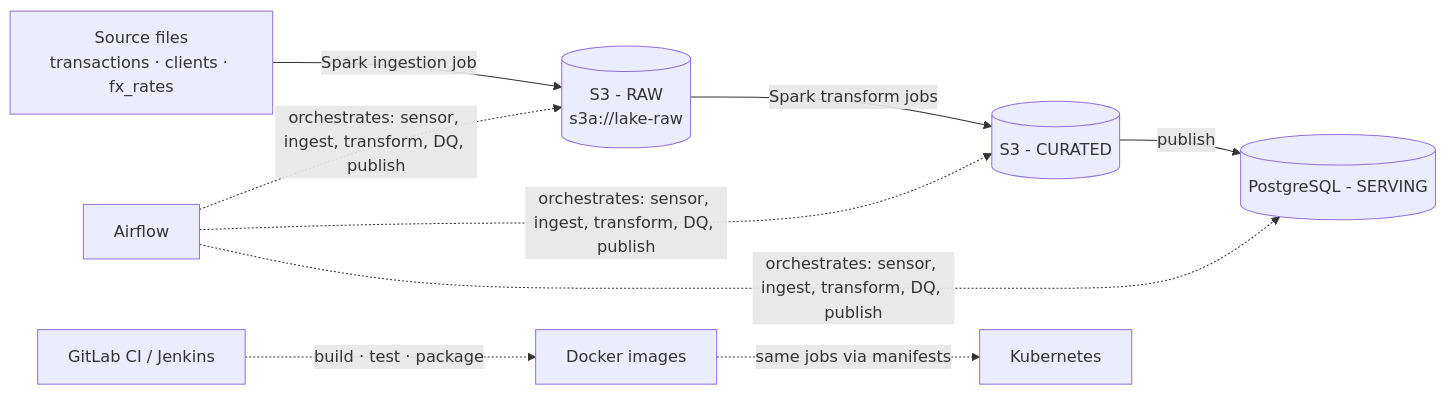
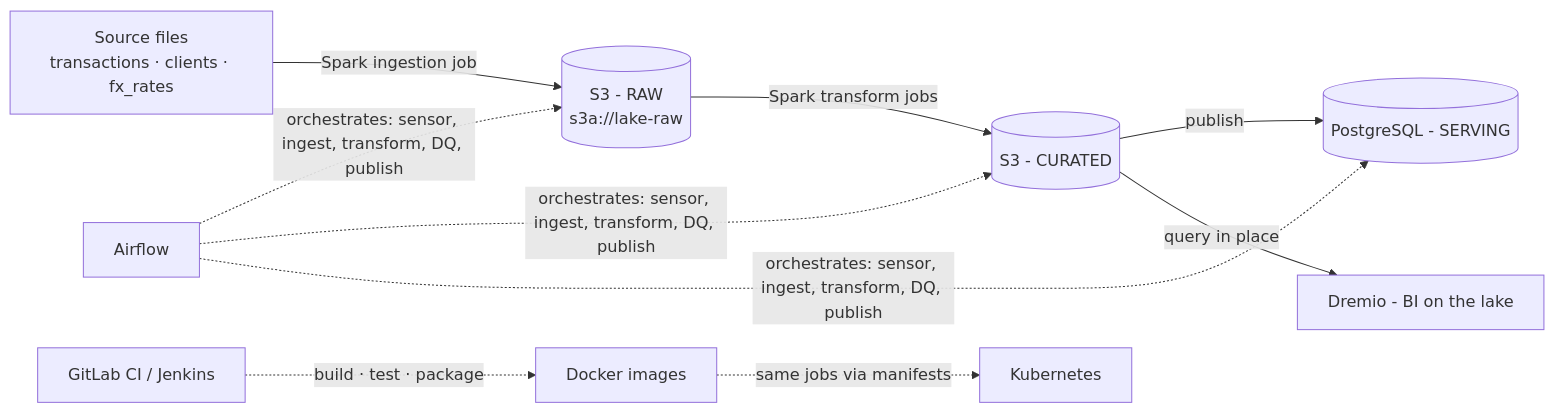
The diagram in README.md (SiwarAttia6191/banking-datahub), drawn with Mermaid before and after one commit. The commit also changed other lines of this file and 3 other files, not shown here.

Commit message:
dremio on the lake: bi queries in place, postgres host port 5436 (closes #25)

````diff
--- a/README.md
+++ b/README.md
@@ -11,9 +11,10 @@
 ```mermaid
 flowchart LR
     S[Source files<br/>transactions · clients · fx_rates] -->|Spark ingestion job| R[(S3 - RAW<br/>s3a://lake-raw)]
     R -->|Spark transform jobs| C[(S3 - CURATED)]
     C -->|publish| P[(PostgreSQL - SERVING)]
+    C -->|query in place| D[Dremio - BI on the lake]
     A[Airflow] -.orchestrates: sensor, ingest, transform, DQ, publish.-> R & C & P
     G[GitLab CI / Jenkins] -.build · test · package.-> I[Docker images]
     I -.same jobs via manifests.-> K[Kubernetes]
 ```
````
